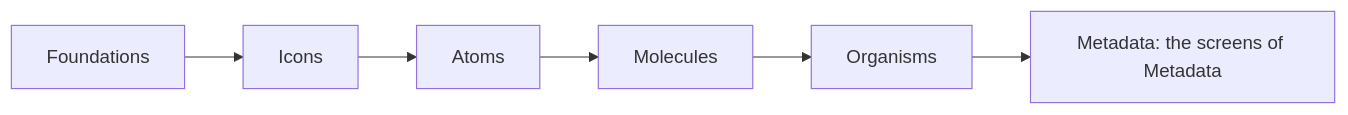
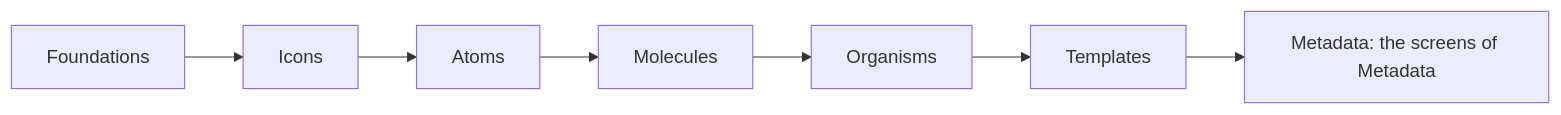
The diagram in design-system/README.md (AlexandreGallais/synoptic-studio-spec), drawn with Mermaid before and after one commit. The commit also changed other lines of this file and 3 other files, not shown here.

````diff
--- a/design-system/README.md
+++ b/design-system/README.md
@@ -24,4 +24,4 @@
 ```mermaid
 flowchart LR
-    F["Foundations"] --> I["Icons"] --> A["Atoms"] --> M["Molecules"] --> O["Organisms"] --> MD["Metadata: the screens of Metadata"]
+    F["Foundations"] --> I["Icons"] --> A["Atoms"] --> M["Molecules"] --> O["Organisms"] --> T["Templates"] --> MD["Metadata: the screens of Metadata"]
 ```
````
